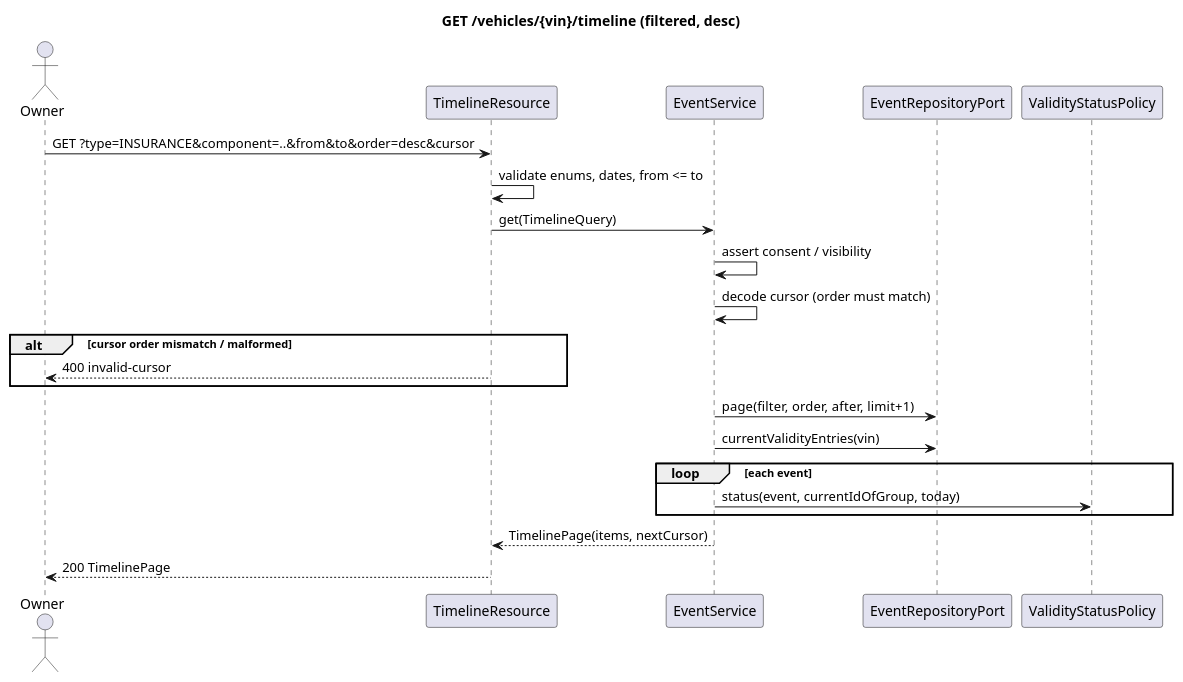
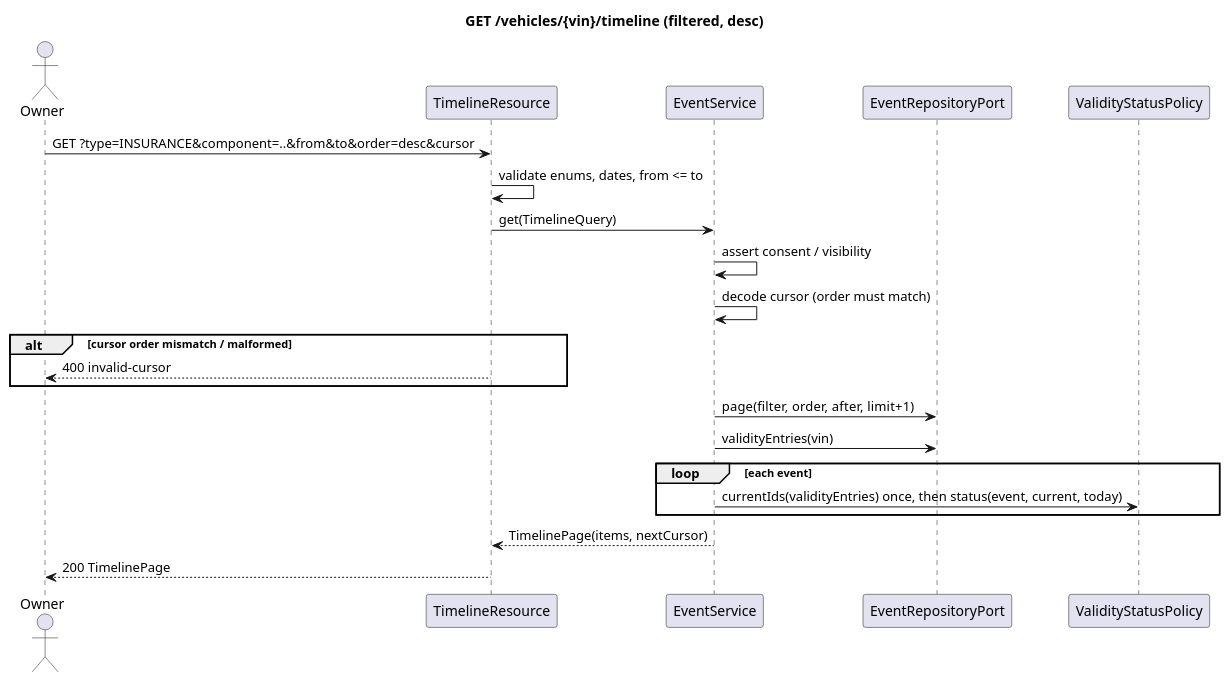
One commit to chelariu-andrei/vehicle-passport changed the third of 7 diagrams in docs/diagrams/timeline-extended.puml. Above: the diagram before and after it, drawn with PlantUML. The commit also changed other lines of this file and 6 other files, not shown here.

Commit message:
docs: diagrams and spec match the extended timeline build

```diff
--- a/docs/diagrams/timeline-extended.puml
+++ b/docs/diagrams/timeline-extended.puml
@@ -208,23 +229,23 @@
 @startuml timeline-extended-query-seq
 title GET /vehicles/{vin}/timeline (filtered, desc)
 actor Owner
 participant TimelineResource
 participant EventService
 participant EventRepositoryPort
 participant ValidityStatusPolicy
 Owner -> TimelineResource : GET ?type=INSURANCE&component=..&from&to&order=desc&cursor
 TimelineResource -> TimelineResource : validate enums, dates, from <= to
 TimelineResource -> EventService : get(TimelineQuery)
 EventService -> EventService : assert consent / visibility
 EventService -> EventService : decode cursor (order must match)
 alt cursor order mismatch / malformed
   TimelineResource --> Owner : 400 invalid-cursor
 end
 EventService -> EventRepositoryPort : page(filter, order, after, limit+1)
-EventService -> EventRepositoryPort : currentValidityEntries(vin)
+EventService -> EventRepositoryPort : validityEntries(vin)
 loop each event
-  EventService -> ValidityStatusPolicy : status(event, currentIdOfGroup, today)
+  EventService -> ValidityStatusPolicy : currentIds(validityEntries) once, then status(event, current, today)
 end
 EventService --> TimelineResource : TimelinePage(items, nextCursor)
 TimelineResource --> Owner : 200 TimelinePage
 @enduml
```
